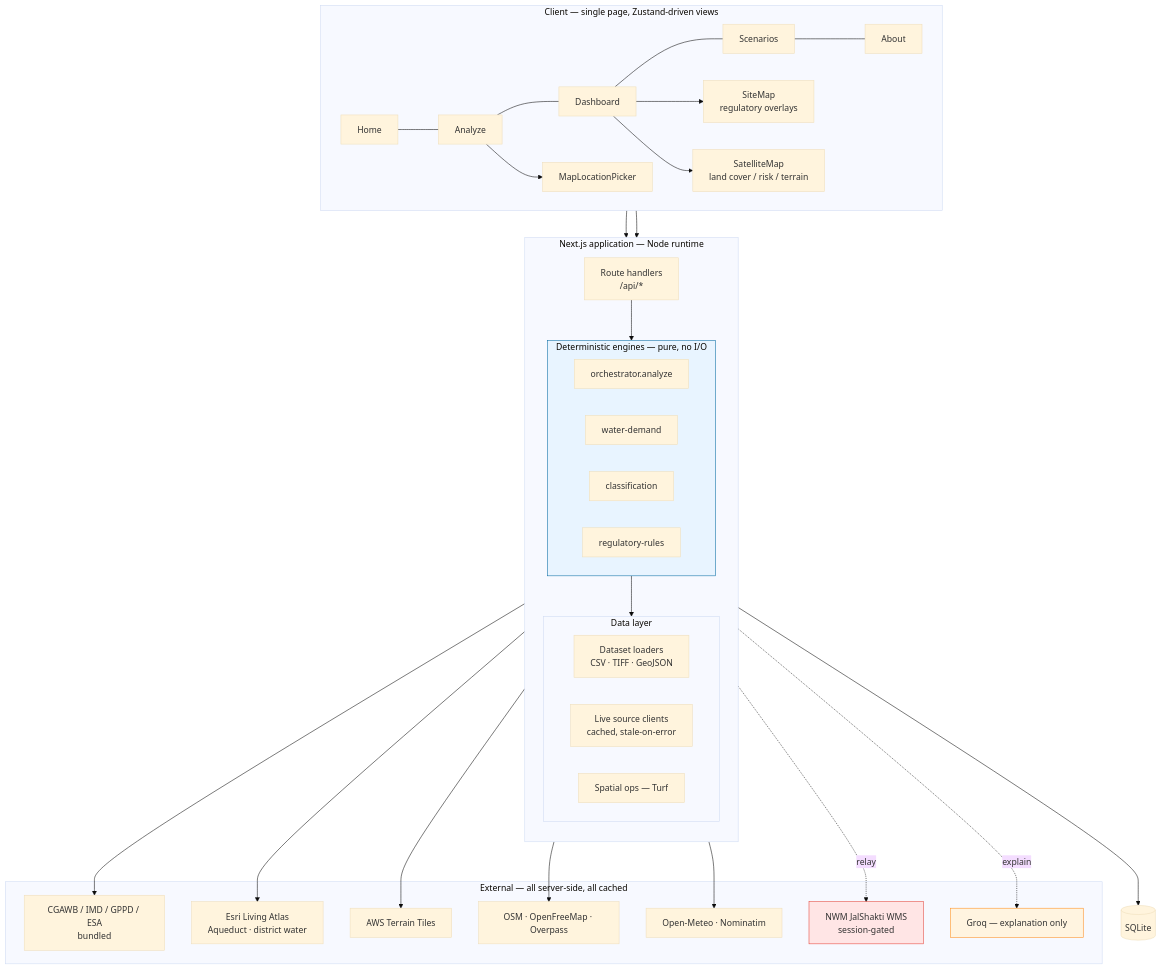
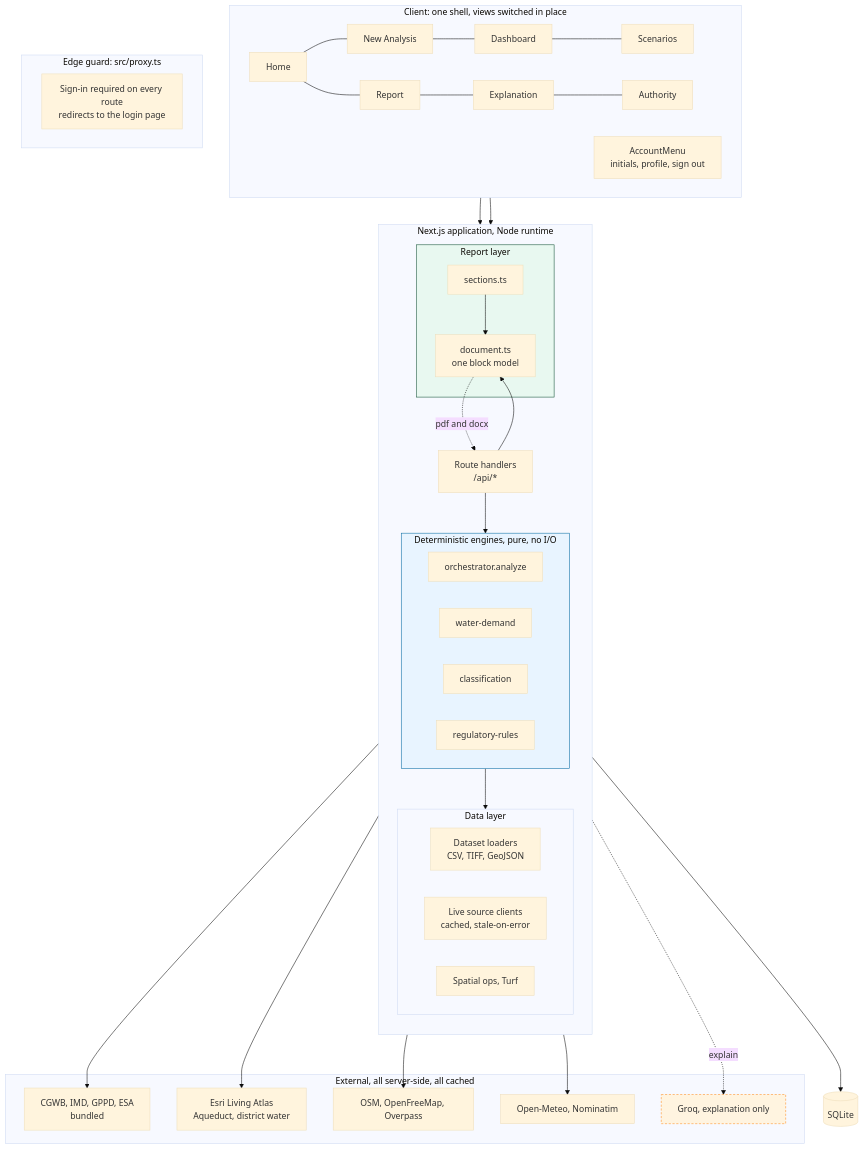
The first of 7 diagrams in TECHNICAL_APPROACH.md (dsouza-shaun/jaldrishti), drawn with Mermaid (base theme) before and after one commit. The commit also changed other lines of this file and 14 other files, not shown here.

````diff
--- a/TECHNICAL_APPROACH.md
+++ b/TECHNICAL_APPROACH.md
@@ -253,56 +111,59 @@
 ```mermaid
 flowchart TB
-    subgraph CLIENT["Client — single page, Zustand-driven views"]
+    subgraph CLIENT["Client: one shell, views switched in place"]
         direction LR
-        V1[Home] --- V2[Analyze] --- V3[Dashboard] --- V4[Scenarios] --- V5[About]
-        MP[MapLocationPicker]
-        SM[SiteMap<br/>regulatory overlays]
-        SAT[SatelliteMap<br/>land cover / risk / terrain]
+        V1[Home] --- V2[New Analysis] --- V3[Dashboard] --- V4[Scenarios]
+        V1 --- V5[Report] --- V6[Explanation] --- V7[Authority]
+        AM[AccountMenu<br/>initials, profile, sign out]
     end
 
-    subgraph APP["Next.js application — Node runtime"]
+    subgraph EDGE["Edge guard: src/proxy.ts"]
+        G[Sign-in required on every route<br/>redirects to the login page]
+    end
+
+    subgraph APP["Next.js application, Node runtime"]
         direction TB
         RT["Route handlers<br/>/api/*"]
-        subgraph ENG["Deterministic engines — pure, no I/O"]
+        subgraph ENG["Deterministic engines, pure, no I/O"]
             ORCH[orchestrator.analyze]
             WD[water-demand]
             CL[classification]
             RR[regulatory-rules]
         end
         subgraph LIB["Data layer"]
-            DL[Dataset loaders<br/>CSV · TIFF · GeoJSON]
+            DL[Dataset loaders<br/>CSV, TIFF, GeoJSON]
             LR[Live source clients<br/>cached, stale-on-error]
-            SP[Spatial ops — Turf]
+            SP[Spatial ops, Turf]
+        end
+        subgraph RPT["Report layer"]
+            BM[document.ts<br/>one block model]
+            BS[sections.ts]
         end
     end
 
-    subgraph EXT["External — all server-side, all cached"]
-        CG[CGAWB / IMD / GPPD / ESA<br/>bundled]
-        LS[Esri Living Atlas<br/>Aqueduct · district water]
-        TH[AWS Terrain Tiles]
-        OSM[OSM · OpenFreeMap · Overpass]
-        NM[Open-Meteo · Nominatim]
-        NWM[NWM JalShakti WMS<br/>session-gated]
-        LLM[Groq — explanation only]
+    subgraph EXT["External, all server-side, all cached"]
+        CG[CGWB, IMD, GPPD, ESA<br/>bundled]
+        LS[Esri Living Atlas<br/>Aqueduct, district water]
+        OSM[OSM, OpenFreeMap, Overpass]
+        NM[Open-Meteo, Nominatim]
+        LLM[Groq, explanation only]
     end
 
-    V2 --> MP
-    V3 --> SM
-    V3 --> SAT
     V2 --> RT
     V3 --> RT
     RT --> ENG
     ENG --> LIB
     LIB --> CG
     LIB --> LS
-    LIB --> TH
     LIB --> OSM
     LIB --> NM
-    RT -.relay.-> NWM
-    RT -.explain.-> LLM
+    RT --> BM
+    BS --> BM
+    BM -. pdf and docx .-> RT
+    RT -. explain .-> LLM
     ENG --> DB[(SQLite)]
 
     style ENG fill:#e8f4ff,stroke:#0369a1
-    style NWM fill:#ffe5e5,stroke:#e64136
-    style LLM fill:#fff4e0,stroke:#ff8c1a
+    style LLM fill:#fff4e0,stroke:#ff8c1a,stroke-dasharray: 4 3
+    style RPT fill:#e8f8f0,stroke:#0f5132
 ```
````
